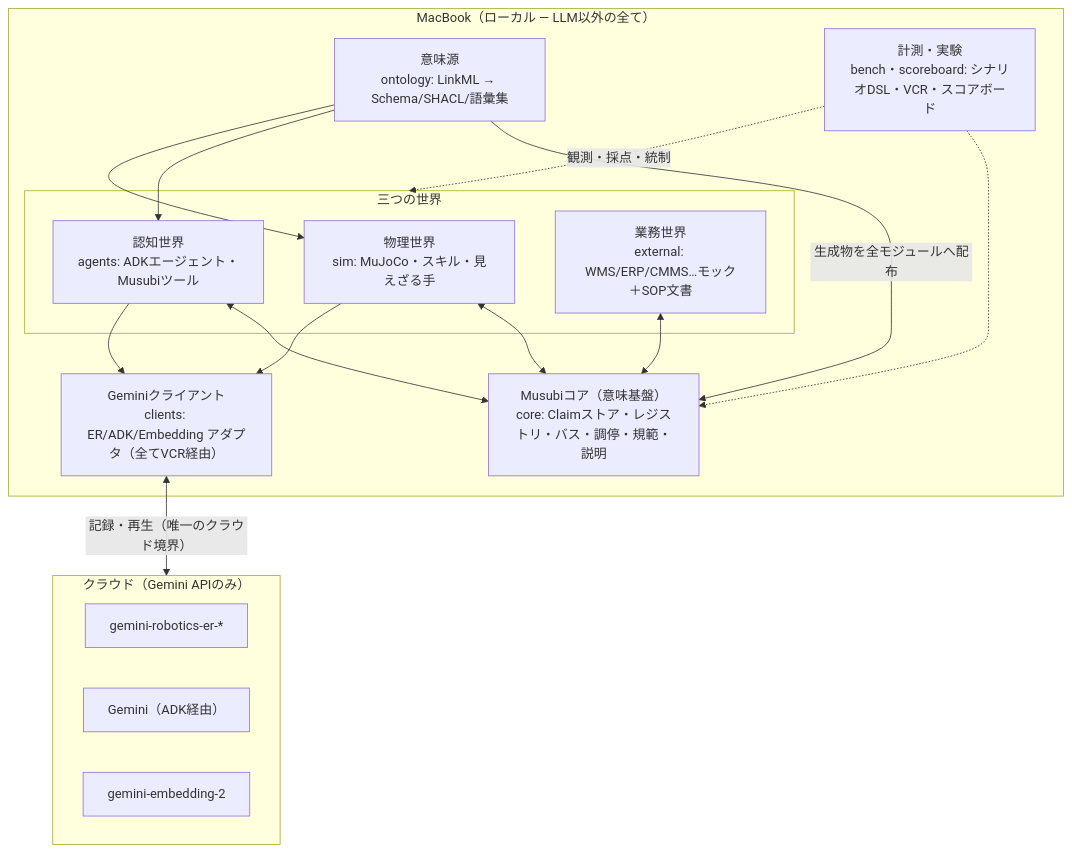
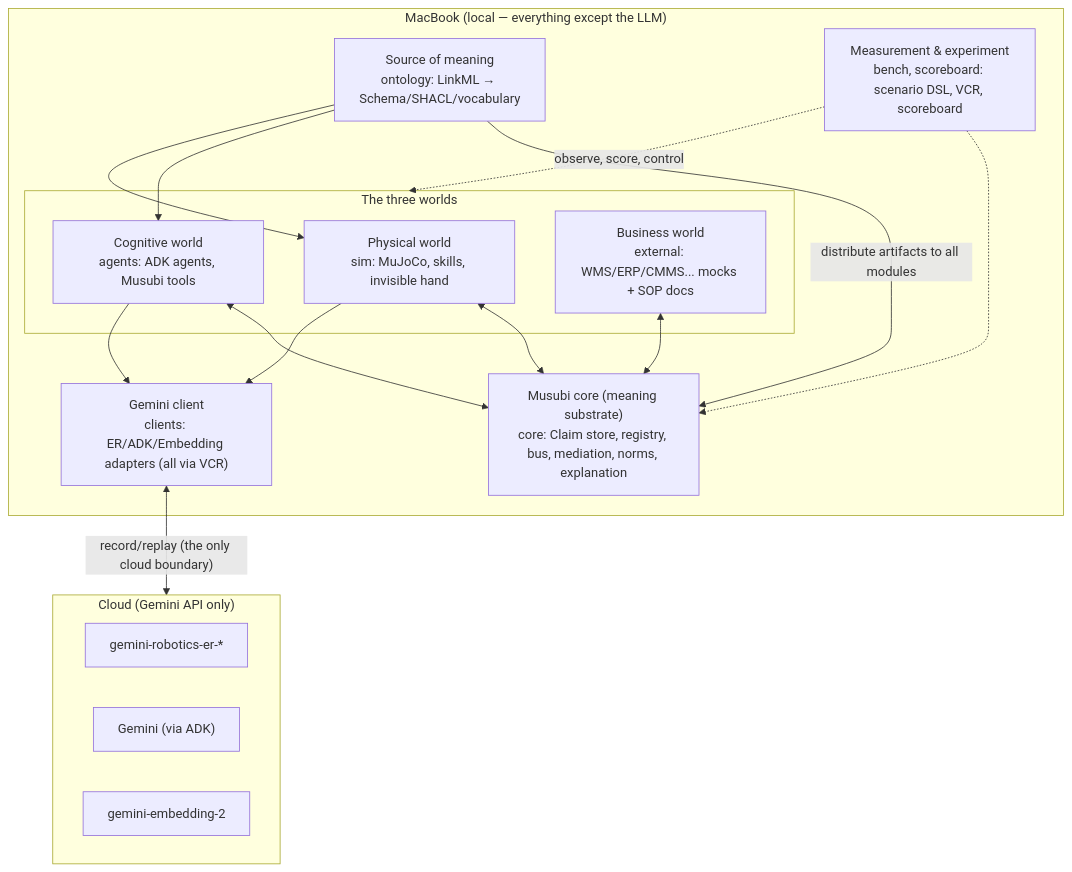
One commit to shibuiwilliam/robotics-experiments changed the first of 4 diagrams in Musubi/PROJECT.md. Above: the diagram before and after it, drawn with Mermaid. The commit also changed other lines of this file and 2 other files, not shown here.

````diff
--- a/Musubi/PROJECT.md
+++ b/Musubi/PROJECT.md
@@ -108,30 +108,30 @@
 ```mermaid
 flowchart TB
-    subgraph MAC["MacBook（ローカル — LLM以外の全て）"]
-        subgraph WORLDS["三つの世界"]
-            SIM["物理世界<br/>sim: MuJoCo・スキル・見えざる手"]
-            AGENTS["認知世界<br/>agents: ADKエージェント・Musubiツール"]
-            EXT["業務世界<br/>external: WMS/ERP/CMMS…モック＋SOP文書"]
+    subgraph MAC["MacBook (local — everything except the LLM)"]
+        subgraph WORLDS["The three worlds"]
+            SIM["Physical world<br/>sim: MuJoCo, skills, invisible hand"]
+            AGENTS["Cognitive world<br/>agents: ADK agents, Musubi tools"]
+            EXT["Business world<br/>external: WMS/ERP/CMMS... mocks + SOP docs"]
         end
-        CORE["Musubiコア（意味基盤）<br/>core: Claimストア・レジストリ・バス・調停・規範・説明"]
-        ONT["意味源<br/>ontology: LinkML → Schema/SHACL/語彙集"]
-        MEAS["計測・実験<br/>bench・scoreboard: シナリオDSL・VCR・スコアボード"]
-        CLI["Geminiクライアント<br/>clients: ER/ADK/Embedding アダプタ（全てVCR経由）"]
+        CORE["Musubi core (meaning substrate)<br/>core: Claim store, registry, bus, mediation, norms, explanation"]
+        ONT["Source of meaning<br/>ontology: LinkML → Schema/SHACL/vocabulary"]
+        MEAS["Measurement & experiment<br/>bench, scoreboard: scenario DSL, VCR, scoreboard"]
+        CLI["Gemini client<br/>clients: ER/ADK/Embedding adapters (all via VCR)"]
     end
-    subgraph CLOUD["クラウド（Gemini APIのみ）"]
+    subgraph CLOUD["Cloud (Gemini API only)"]
         ER["gemini-robotics-er-*"]
-        LLM["Gemini（ADK経由）"]
+        LLM["Gemini (via ADK)"]
         EMB["gemini-embedding-2"]
     end
-    ONT -->|"生成物を全モジュールへ配布"| CORE
+    ONT -->|"distribute artifacts to all modules"| CORE
     ONT --> AGENTS
     ONT --> SIM
     SIM <--> CORE
     AGENTS <--> CORE
     EXT <--> CORE
     AGENTS --> CLI
     SIM --> CLI
-    CLI <-->|"記録・再生（唯一のクラウド境界）"| CLOUD
-    MEAS -.->|"観測・採点・統制"| WORLDS
+    CLI <-->|"record/replay (the only cloud boundary)"| CLOUD
+    MEAS -.->|"observe, score, control"| WORLDS
     MEAS -.-> CORE
 ```
````
